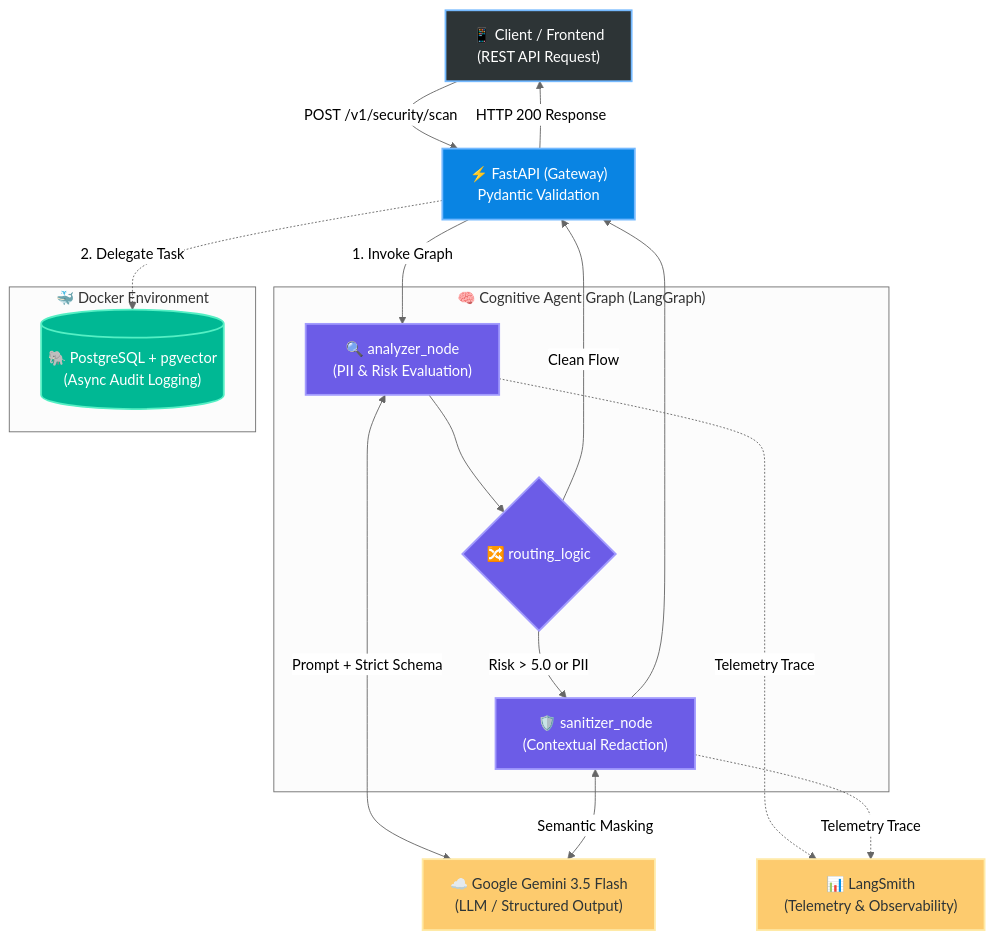
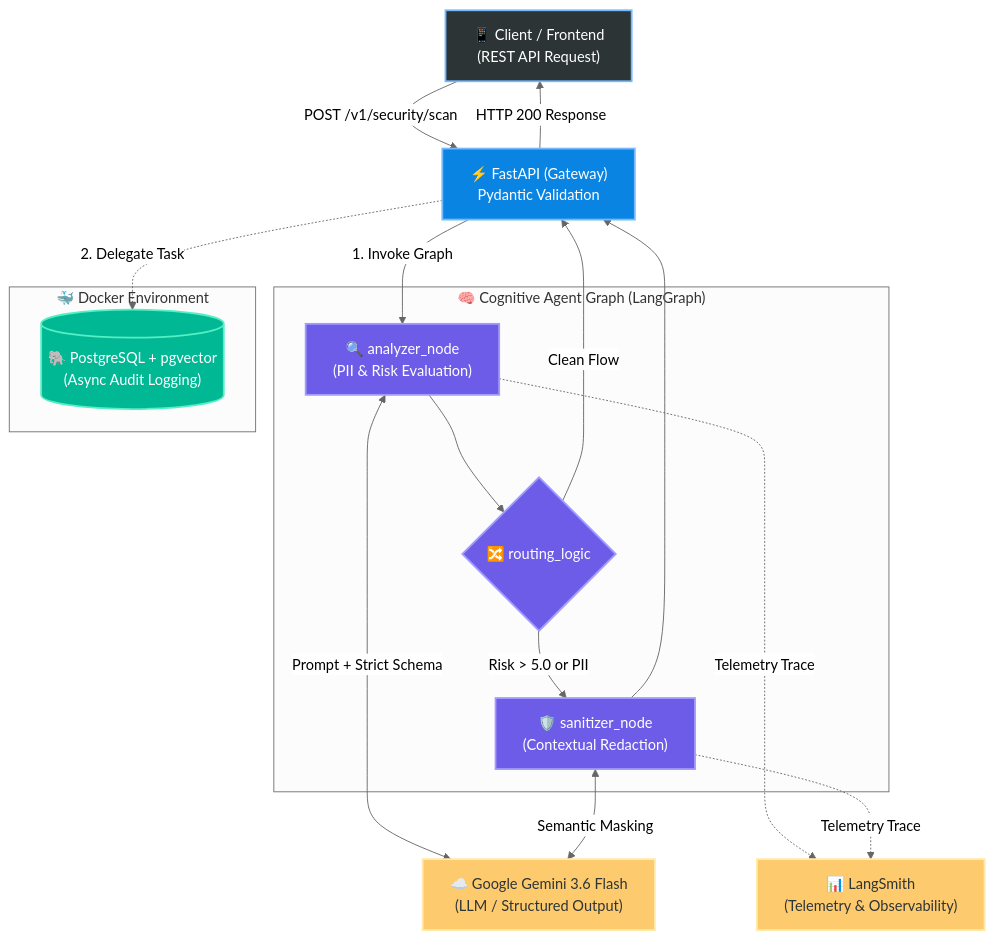
Before and after one commit to jsav2003/zero-trust-ai-gateway: the diagram in README.md, drawn with Mermaid (neutral theme). The commit also changed other lines of this file, not shown here.

First line of the commit message:
docs(readme): align Python version and Gemini model with project config

````diff
--- a/README.md
+++ b/README.md
@@ -9,39 +9,39 @@
 ```mermaid
 graph TD
     classDef client fill:#2d3436,stroke:#74b9ff,stroke-width:2px,color:#fff;
     classDef api fill:#0984e3,stroke:#74b9ff,stroke-width:2px,color:#fff;
     classDef ai fill:#6c5ce7,stroke:#a29bfe,stroke-width:2px,color:#fff;
     classDef db fill:#00b894,stroke:#55efc4,stroke-width:2px,color:#fff;
     classDef cloud fill:#fdcb6e,stroke:#ffeaa7,stroke-width:2px,color:#2d3436;
 
     Client["📱 Client / Frontend<br>(REST API Request)"]:::client
     API["⚡ FastAPI (Gateway)<br>Pydantic Validation"]:::api
     
     subgraph "🧠 Cognitive Agent Graph (LangGraph)"
         Analyzer["🔍 analyzer_node<br>(PII & Risk Evaluation)"]:::ai
         Router{"🔀 routing_logic"}:::ai
         Sanitizer["🛡️ sanitizer_node<br>(Contextual Redaction)"]:::ai
     end
     
-    Gemini["☁️ Google Gemini 3.5 Flash<br>(LLM / Structured Output)"]:::cloud
+    Gemini["☁️ Google Gemini 3.6 Flash<br>(LLM / Structured Output)"]:::cloud
     LangSmith["📊 LangSmith<br>(Telemetry & Observability)"]:::cloud
     
     subgraph "🐳 Docker Environment"
         DB[("🐘 PostgreSQL + pgvector<br>(Async Audit Logging)")]:::db
     end
 
     Client -->|POST /v1/security/scan| API
     API -->|1. Invoke Graph| Analyzer
     API -.->|2. Delegate Task| DB
     
     Analyzer <-->|Prompt + Strict Schema| Gemini
     Analyzer --> Router
     Router -->|Risk > 5.0 or PII| Sanitizer
     Router -->|Clean Flow| API
     Sanitizer <-->|Semantic Masking| Gemini
     Sanitizer --> API
     
     API -->|HTTP 200 Response| Client
     Analyzer -.->|Telemetry Trace| LangSmith
     Sanitizer -.->|Telemetry Trace| LangSmith
 ```
````
